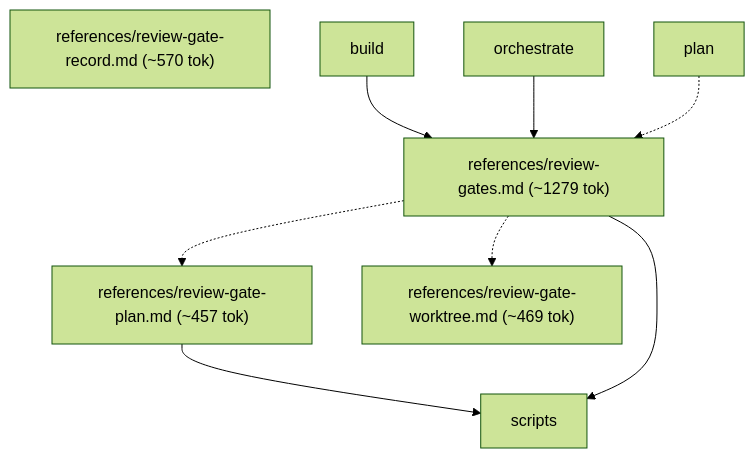
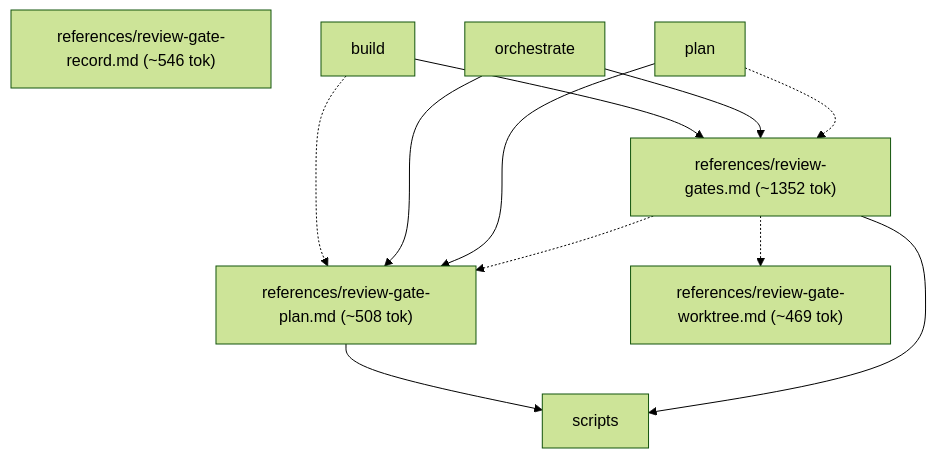
The sixth of 10 diagrams in skills/varde-change/FLOW.md (alecegg/varde), drawn with Mermaid (forest theme) before and after one commit. The commit also changed other lines of this file and 269 other files, not shown here.

````diff
--- a/skills/varde-change/FLOW.md
+++ b/skills/varde-change/FLOW.md
@@ -138,18 +149,21 @@
 ```mermaid
 flowchart TD
-  n0["references/review-gate-plan.md (~457 tok)"]
-  n1["references/review-gate-record.md (~570 tok)"]
+  n0["references/review-gate-plan.md (~508 tok)"]
+  n1["references/review-gate-record.md (~546 tok)"]
   n2["references/review-gate-worktree.md (~469 tok)"]
-  n3["references/review-gates.md (~1279 tok)"]
+  n3["references/review-gates.md (~1352 tok)"]
   n4["build"]
   n5["orchestrate"]
   n6["plan"]
   n7["scripts"]
   n4 --> n3
+  n4 -.-> n0
+  n5 --> n0
   n5 --> n3
   n6 -.-> n3
+  n6 --> n0
   n0 --> n7
   n3 -.-> n0
   n3 -.-> n2
   n3 --> n7
 ```
````
